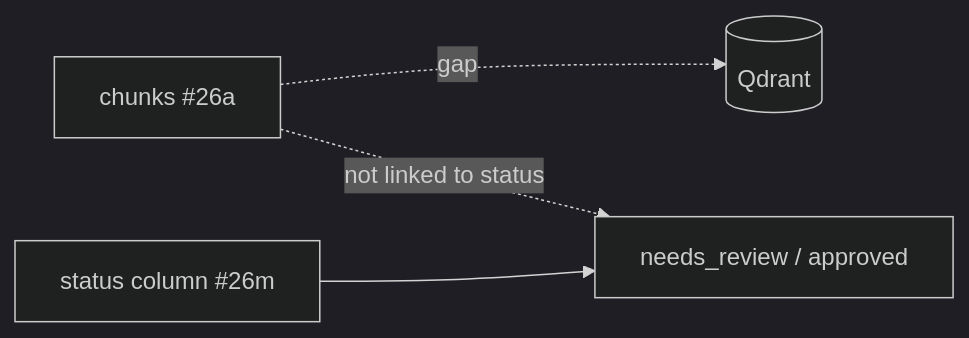
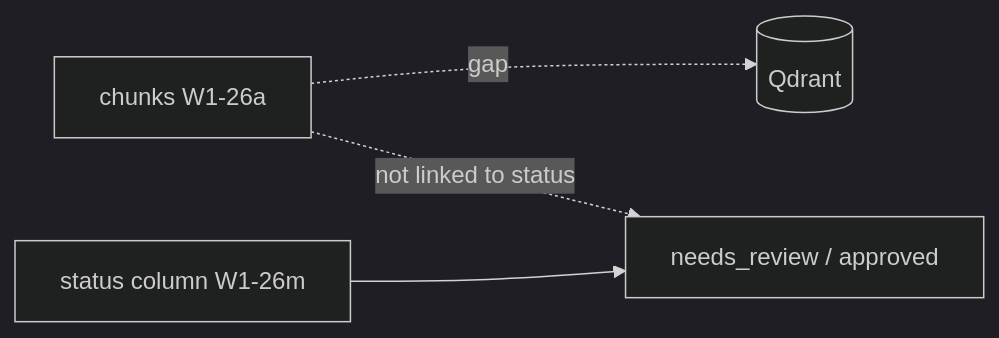
The third of 13 diagrams in docs/design/wave1-mvp/tickets/search-ocr.md (Stihotvor/law_by_ai), drawn with Mermaid (dark theme) before and after one commit. The commit also changed other lines of this file and 15 other files, not shown here.

````diff
--- a/docs/design/wave1-mvp/tickets/search-ocr.md
+++ b/docs/design/wave1-mvp/tickets/search-ocr.md
@@ -134,6 +134,6 @@
 ```mermaid
 flowchart LR
-  C[chunks #26a] -. gap .-> Q[(Qdrant)]
-  M[status column #26m] --> S[needs_review / approved]
+  C[chunks W1-26a] -. gap .-> Q[(Qdrant)]
+  M[status column W1-26m] --> S[needs_review / approved]
   C -. not linked to status .-> S
 ```
````
